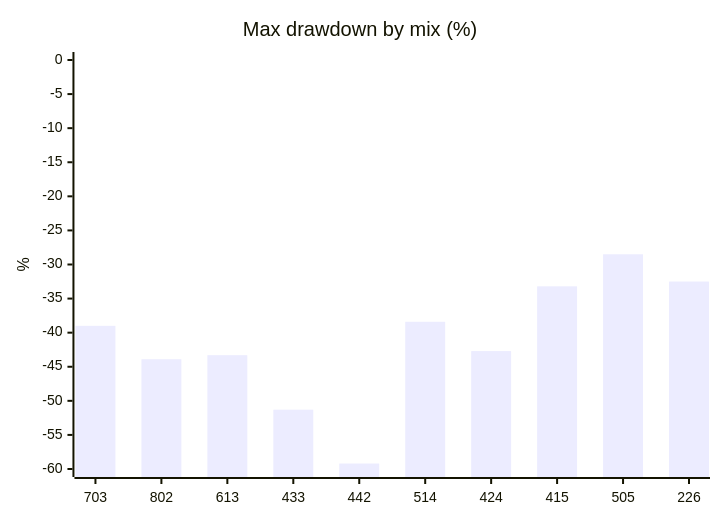
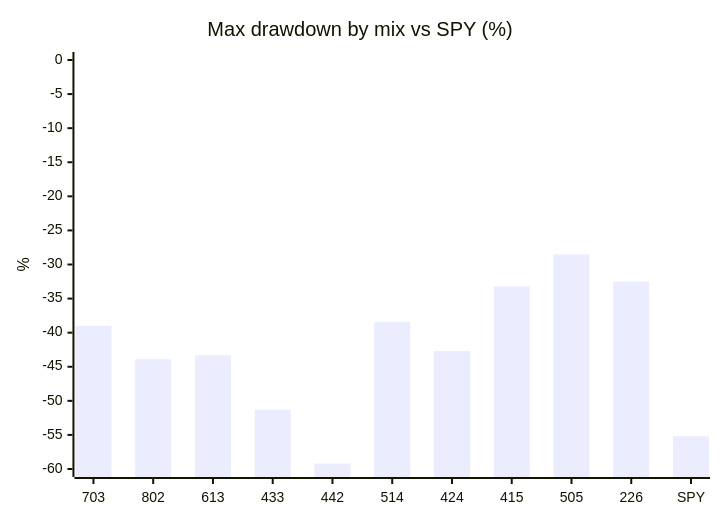
One commit to memoryfraction/Quant.Infra.Net changed the third of 3 diagrams in docs/backtests/README.md. Above: the diagram before and after it, drawn with Mermaid. The commit also changed other lines of this file and 19 other files, not shown here.

````diff
--- a/docs/backtests/README.md
+++ b/docs/backtests/README.md
@@ -29,7 +40,7 @@
 ```mermaid
 xychart-beta
-    title "Max drawdown by mix (%)"
-    x-axis ["703", "802", "613", "433", "442", "514", "424", "415", "505", "226"]
+    title "Max drawdown by mix vs SPY (%)"
+    x-axis ["703", "802", "613", "433", "442", "514", "424", "415", "505", "226", "SPY"]
     y-axis "%" -60 --> 0
-    bar [-39.0, -43.9, -43.3, -51.3, -59.2, -38.4, -42.7, -33.2, -28.5, -32.5]
+    bar [-39.0, -43.9, -43.3, -51.3, -59.2, -38.4, -42.7, -33.2, -28.5, -32.5, -55.2]
 ```
````
